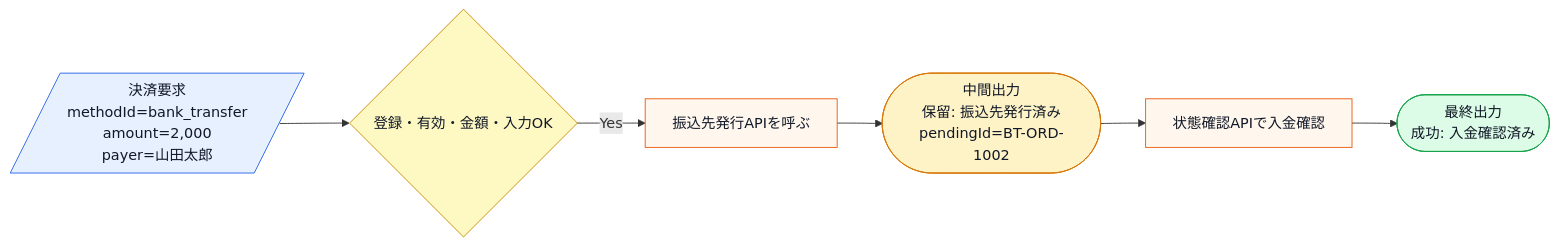
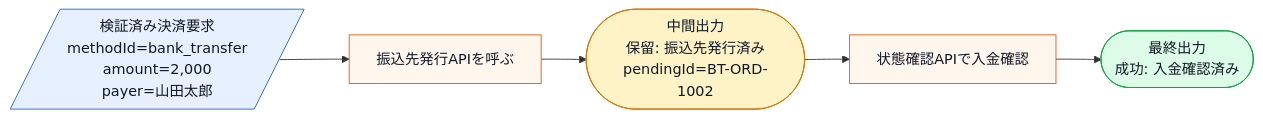
Before and after one commit to kumachan1101-pixel/DesignPattern: the third of 13 diagrams in kindle/design-patterns/output/chapter08.md, drawn with Mermaid. The commit also changed other lines of this file and 21 other files, not shown here.

````diff
--- a/kindle/design-patterns/output/chapter08.md
+++ b/kindle/design-patterns/output/chapter08.md
@@ -140,14 +136,13 @@
 ```mermaid
 flowchart LR
-    A[/決済要求<br>methodId=bank_transfer<br>amount=2,000<br>payer=山田太郎/]:::input --> B{登録・有効・金額・入力OK}:::decision
-    B -->|Yes| C[振込先発行APIを呼ぶ]:::process
+    A[/検証済み決済要求<br>methodId=bank_transfer<br>amount=2,000<br>payer=山田太郎/]:::input --> C[振込先発行APIを呼ぶ]:::process
     C --> D([中間出力<br>保留: 振込先発行済み<br>pendingId=BT-ORD-1002]):::pending
     D --> E[状態確認APIで入金確認]:::process
     E --> F([最終出力<br>成功: 入金確認済み]):::normal
 
     classDef input fill:#e7f0ff,stroke:#2563eb,color:#111827;
     classDef process fill:#fff7ed,stroke:#ea580c,color:#111827;
     classDef decision fill:#fef9c3,stroke:#ca8a04,color:#111827;
     classDef pending fill:#fef3c7,stroke:#d97706,color:#111827;
     classDef normal fill:#dcfce7,stroke:#16a34a,color:#111827;
 ```
````
